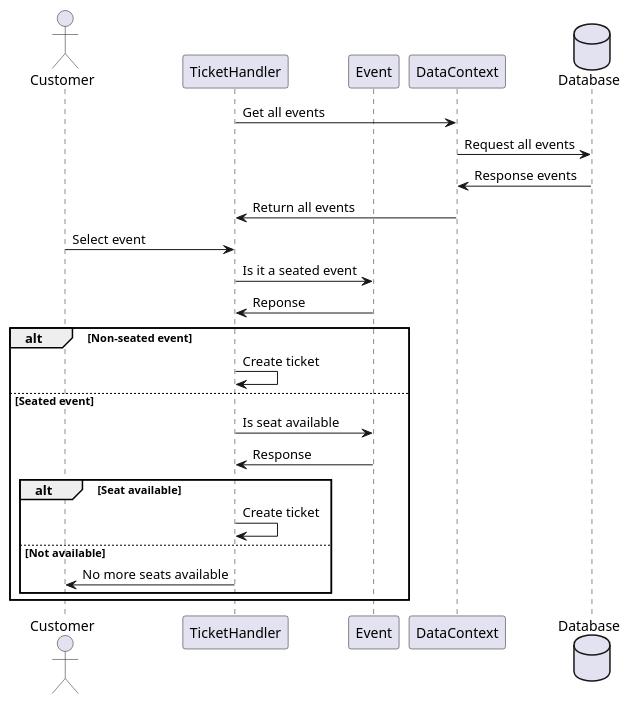
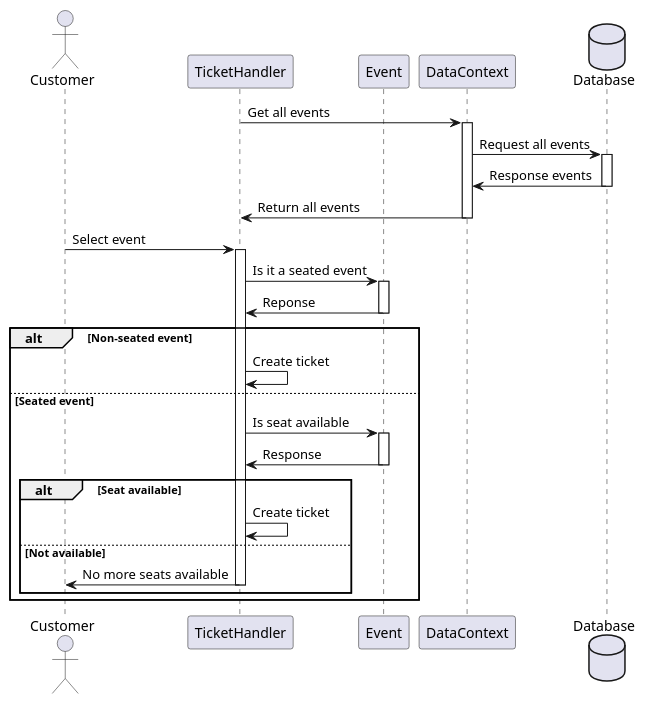
Before and after one commit to bj0rnar/ProjectTicketService: the diagram in UML/Create_ticket_process.puml, drawn with PlantUML. The commit also changed 1 other file, not shown here.

```diff
--- a/UML/Create_ticket_process.puml
+++ b/UML/Create_ticket_process.puml
@@ -1,27 +1,38 @@
 @startuml
 Actor Customer
 Participant TicketHandler
 Participant Event
 Participant DataContext
 Database Database
+
 TicketHandler -> DataContext: Get all events
+activate DataContext
 DataContext -> Database: Request all events
+activate Database
 DataContext <- Database: Response events
+deactivate Database
 TicketHandler <- DataContext: Return all events
+deactivate DataContext
 Customer -> TicketHandler: Select event
+activate TicketHandler
 TicketHandler -> Event: Is it a seated event
+activate Event
 Event -> TicketHandler: Reponse
+deactivate Event
 alt Non-seated event
 TicketHandler -> TicketHandler: Create ticket
 else Seated event
 Event <- TicketHandler: Is seat available
+activate Event
 Event -> TicketHandler: Response
+deactivate Event
 alt Seat available
 TicketHandler -> TicketHandler: Create ticket
 else Not available
 TicketHandler -> Customer: No more seats available
+deactivate TicketHandler
 end
 end
 
 
 @enduml
```
